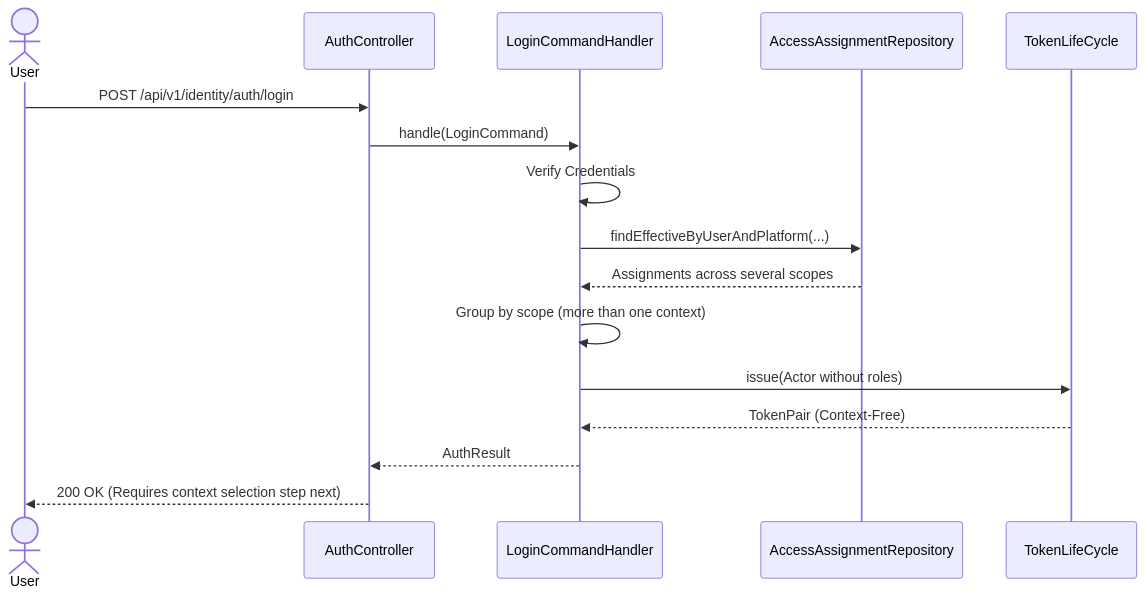
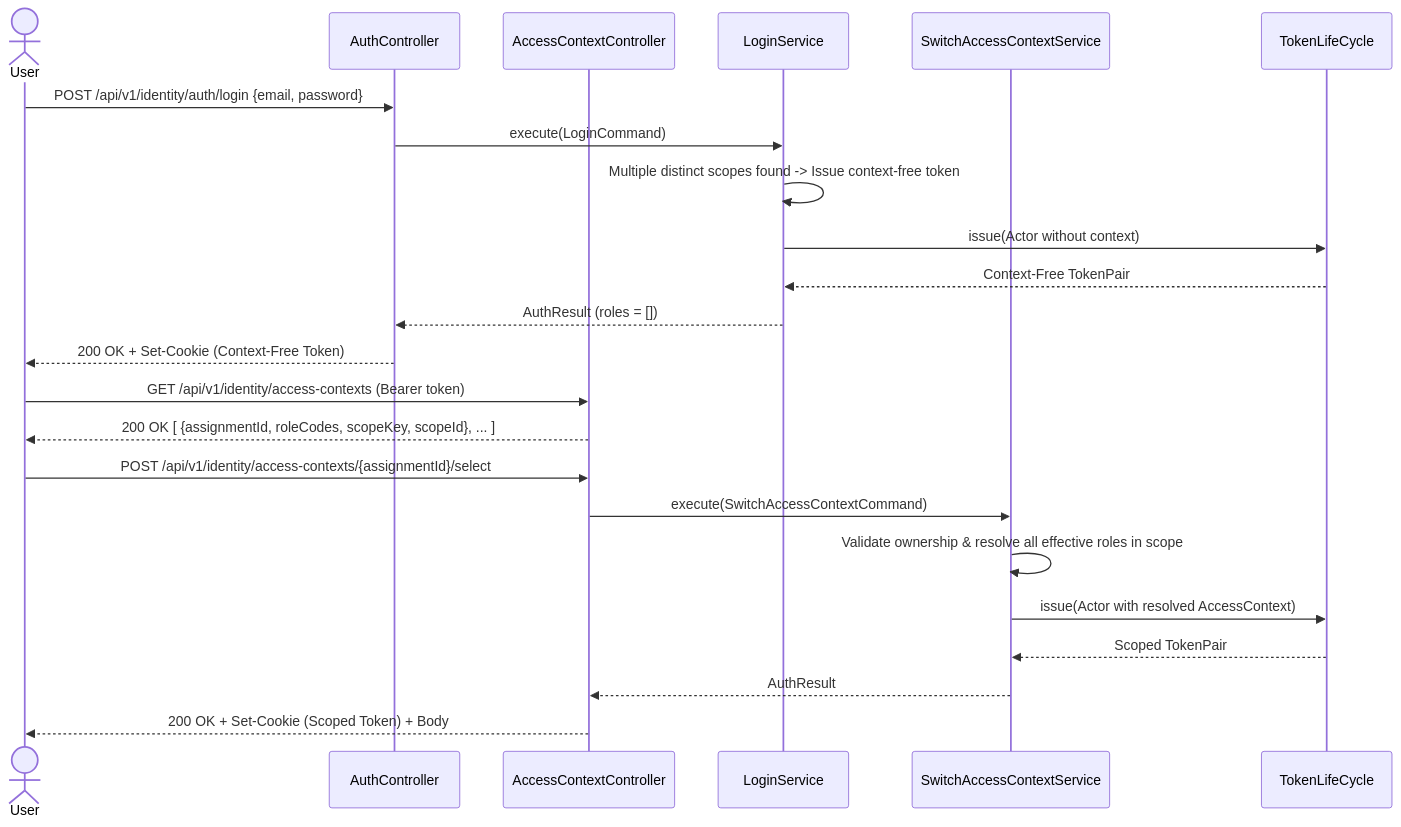
One commit to khinemyaezin/grab changed the second of 2 diagrams in docs/dev/domain/identity/features/FEAT_002-User_login.md. Above: the diagram before and after it, drawn with Mermaid. The commit also changed other lines of this file and 178 other files, not shown here.

````diff
--- a/docs/dev/domain/identity/features/FEAT_002-User_login.md
+++ b/docs/dev/domain/identity/features/FEAT_002-User_login.md
@@ -71,24 +81,28 @@
 ```mermaid
 sequenceDiagram
     actor User
     participant AuthController
-    participant LoginCommandHandler
-    participant AccessAssignmentRepository
+    participant ContextController as AccessContextController
+    participant LoginService
+    participant SwitchService as SwitchAccessContextService
     participant TokenLifeCycle
     
-    User->>AuthController: POST /api/v1/identity/auth/login
-    AuthController->>LoginCommandHandler: handle(LoginCommand)
+    User->>AuthController: POST /api/v1/identity/auth/login {email, password}
+    AuthController->>LoginService: execute(LoginCommand)
+    LoginService->>LoginService: Multiple distinct scopes found -> Issue context-free token
+    LoginService->>TokenLifeCycle: issue(Actor without context)
+    TokenLifeCycle-->>LoginService: Context-Free TokenPair
+    LoginService-->>AuthController: AuthResult (roles = [])
+    AuthController-->>User: 200 OK + Set-Cookie (Context-Free Token)
     
-    LoginCommandHandler->>LoginCommandHandler: Verify Credentials
+    User->>ContextController: GET /api/v1/identity/access-contexts (Bearer token)
+    ContextController-->>User: 200 OK [ {assignmentId, roleCodes, scopeKey, scopeId}, ... ]
     
-    LoginCommandHandler->>AccessAssignmentRepository: findEffectiveByUserAndPlatform(...)
-    AccessAssignmentRepository-->>LoginCommandHandler: Assignments across several scopes
-    
-    LoginCommandHandler->>LoginCommandHandler: Group by scope (more than one context)
-    
-    LoginCommandHandler->>TokenLifeCycle: issue(Actor without roles)
-    TokenLifeCycle-->>LoginCommandHandler: TokenPair (Context-Free)
-    
-    LoginCommandHandler-->>AuthController: AuthResult
-    AuthController-->>User: 200 OK (Requires context selection step next)
+    User->>ContextController: POST /api/v1/identity/access-contexts/{assignmentId}/select
+    ContextController->>SwitchService: execute(SwitchAccessContextCommand)
+    SwitchService->>SwitchService: Validate ownership & resolve all effective roles in scope
+    SwitchService->>TokenLifeCycle: issue(Actor with resolved AccessContext)
+    TokenLifeCycle-->>SwitchService: Scoped TokenPair
+    SwitchService-->>ContextController: AuthResult
+    ContextController-->>User: 200 OK + Set-Cookie (Scoped Token) + Body
 ```
````
